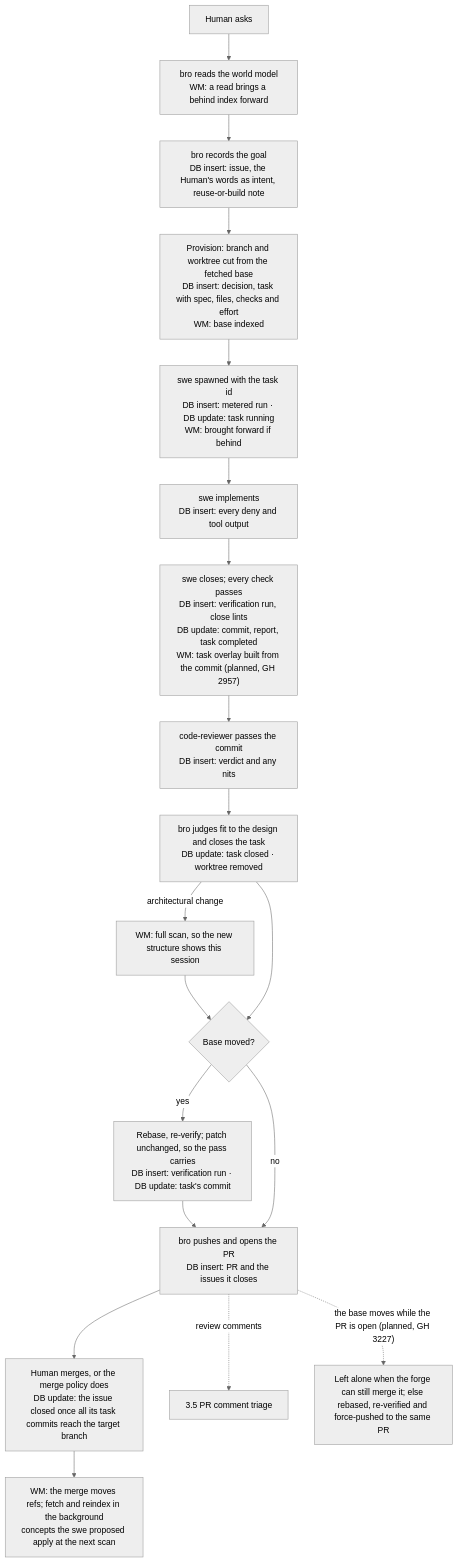
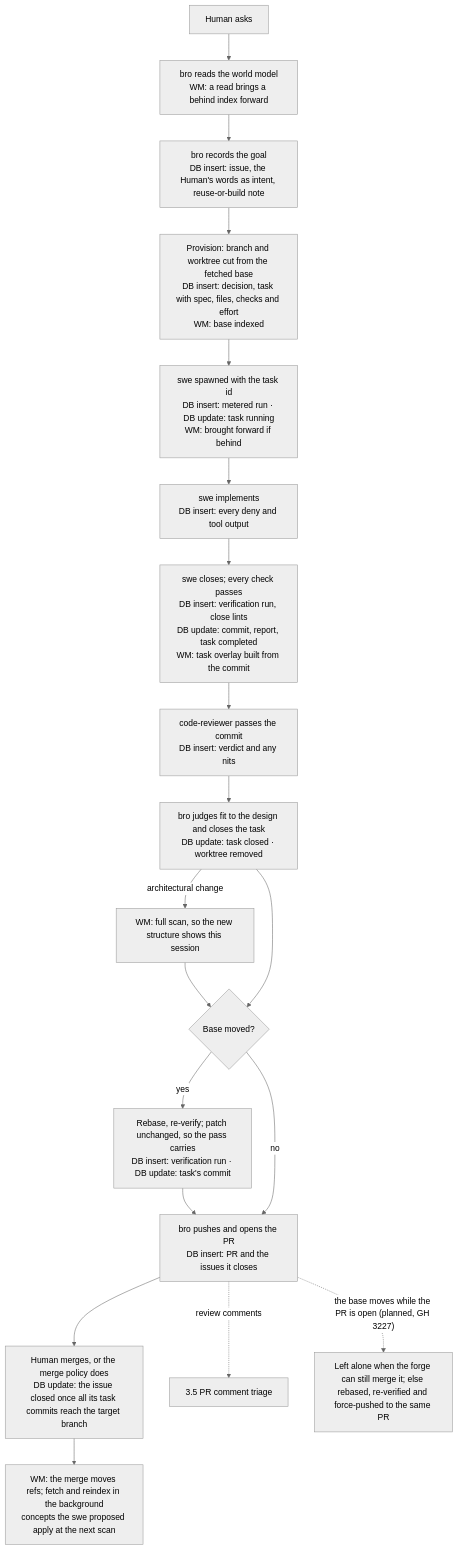
Before and after one commit to trustmybot/plugin: the first of 5 diagrams in docs/architecture/TASKS.md, drawn with Mermaid (neutral theme). The commit also changed other lines of this file and 5 other files, not shown here.

First line of the commit message:
📝 docs(architecture): fix drift from a readiness review (GH 3260)

````diff
--- a/docs/architecture/TASKS.md
+++ b/docs/architecture/TASKS.md
@@ -15,21 +15,21 @@
 ```mermaid
 flowchart TD
     A[Human asks] --> B["bro reads the world model<br/>WM: a read brings a behind index forward"]
     B --> C["bro records the goal<br/>DB insert: issue, the Human's words as intent, reuse-or-build note"]
     C --> D["Provision: branch and worktree cut from the fetched base<br/>DB insert: decision, task with spec, files, checks and effort<br/>WM: base indexed"]
     D --> E["swe spawned with the task id<br/>DB insert: metered run · DB update: task running<br/>WM: brought forward if behind"]
     E --> F["swe implements<br/>DB insert: every deny and tool output"]
-    F --> G["swe closes; every check passes<br/>DB insert: verification run, close lints<br/>DB update: commit, report, task completed<br/>WM: task overlay built from the commit (planned, GH 2957)"]
+    F --> G["swe closes; every check passes<br/>DB insert: verification run, close lints<br/>DB update: commit, report, task completed<br/>WM: task overlay built from the commit"]
     G --> H["code-reviewer passes the commit<br/>DB insert: verdict and any nits"]
     H --> I["bro judges fit to the design and closes the task<br/>DB update: task closed · worktree removed"]
     I -- architectural change --> I1["WM: full scan, so the new structure shows this session"]
     I1 --> J
     I --> J{Base moved?}
     J -- yes --> J1["Rebase, re-verify; patch unchanged, so the pass carries<br/>DB insert: verification run · DB update: task's commit"]
     J1 --> K
     J -- no --> K["bro pushes and opens the PR<br/>DB insert: PR and the issues it closes"]
     K --> L["Human merges, or the merge policy does<br/>DB update: the issue closed once all its task commits reach the target branch"]
     L --> M["WM: the merge moves refs; fetch and reindex in the background<br/>concepts the swe proposed apply at the next scan"]
     K -. review comments .-> T[3.5 PR comment triage]
     K -. "the base moves while the PR is open (planned, GH 3227)" .-> N["Left alone when the forge can still merge it; else rebased, re-verified and force-pushed to the same PR"]
 ```
````
